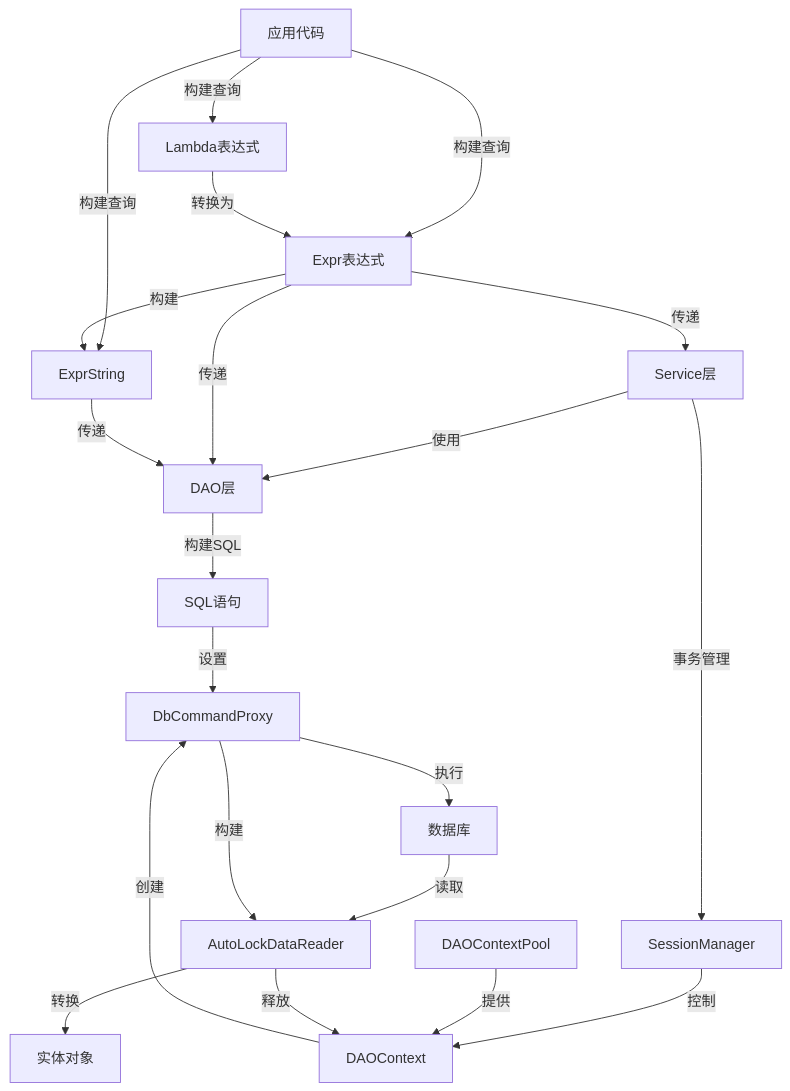
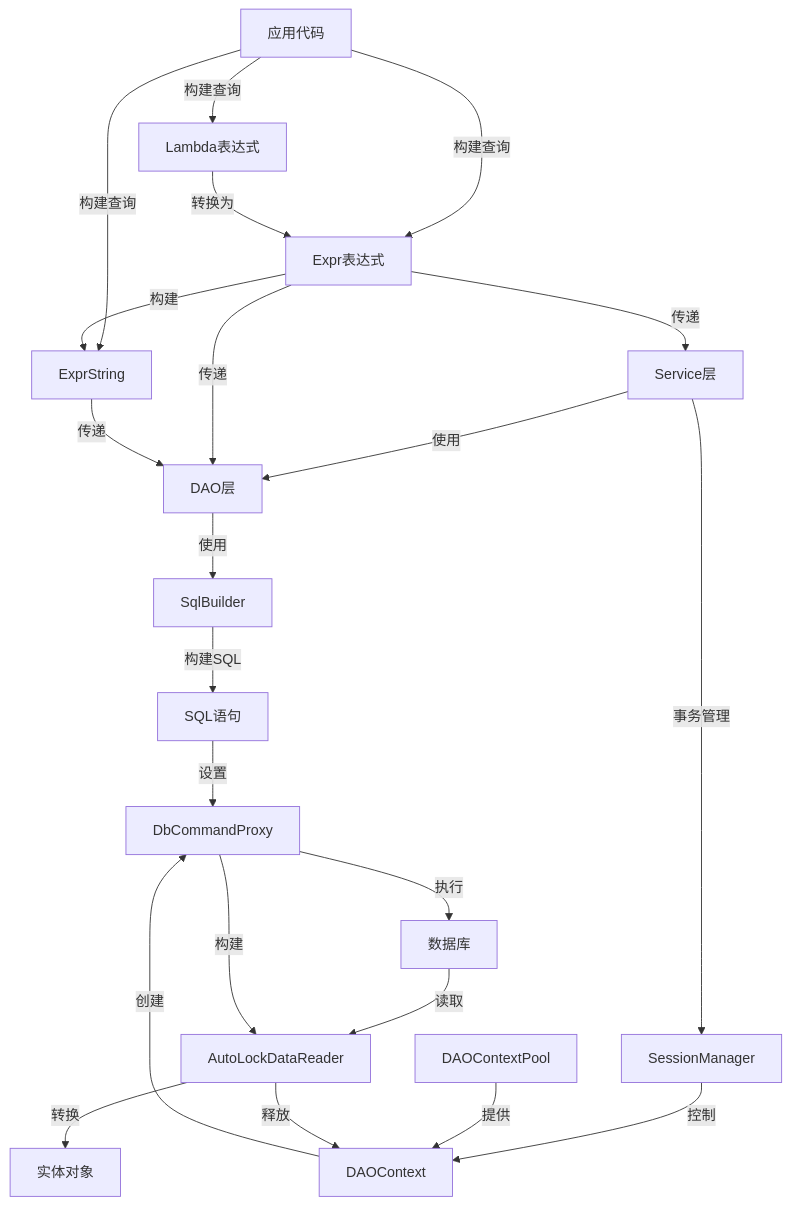
Before and after one commit to danjiewu/LiteOrm: the diagram in CODE_WIKI.md, drawn with Mermaid. The commit also changed other lines of this file, not shown here.

````diff
--- a/CODE_WIKI.md
+++ b/CODE_WIKI.md
@@ -99,25 +99,26 @@
 ```mermaid
 flowchart TD
     A[应用代码]
     B[Service层]
     B -->|使用| C[DAO层]
     E[DAOContext] -->|创建| J[DbCommandProxy]
     J -->|执行| F[数据库]
     F -->|读取| K[AutoLockDataReader]
     J -->|构建| K
     K -->|转换| L[实体对象]
     A -->|构建查询| G1[Lambda表达式]
     A -->|构建查询| G2[Expr表达式]
     A -->|构建查询| G3[ExprString]
     G1 -->|转换为| G2
     G2 -->|构建| G3
     G2 -->|传递| B
     G2 -->|传递| C
     G3 -->|传递| C
-    C -->|构建SQL| H[SQL语句]
+    C -->|使用| D[SqlBuilder]
+    D -->|构建SQL| H[SQL语句]
     H -->|设置| J
     B -->|事务管理| I[SessionManager]
     I -->|控制| E
     P[DAOContextPool] -->|提供| E
     K -->|释放| E
 ```
````
